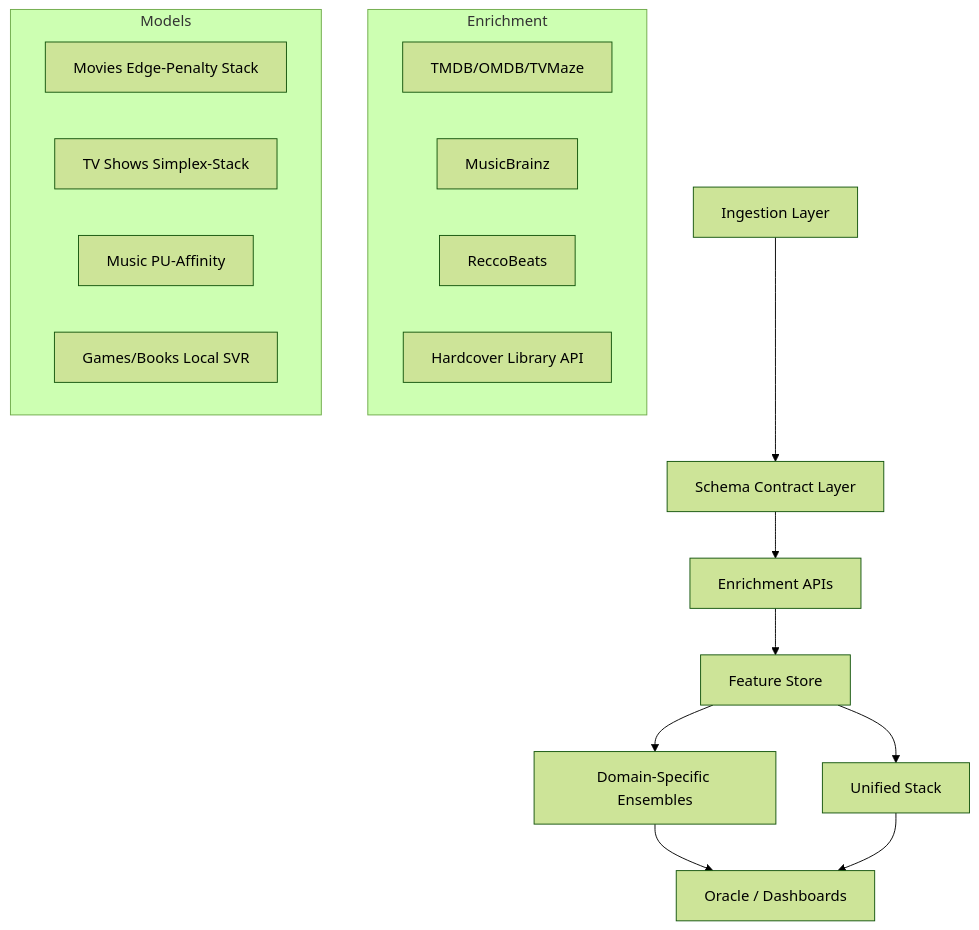
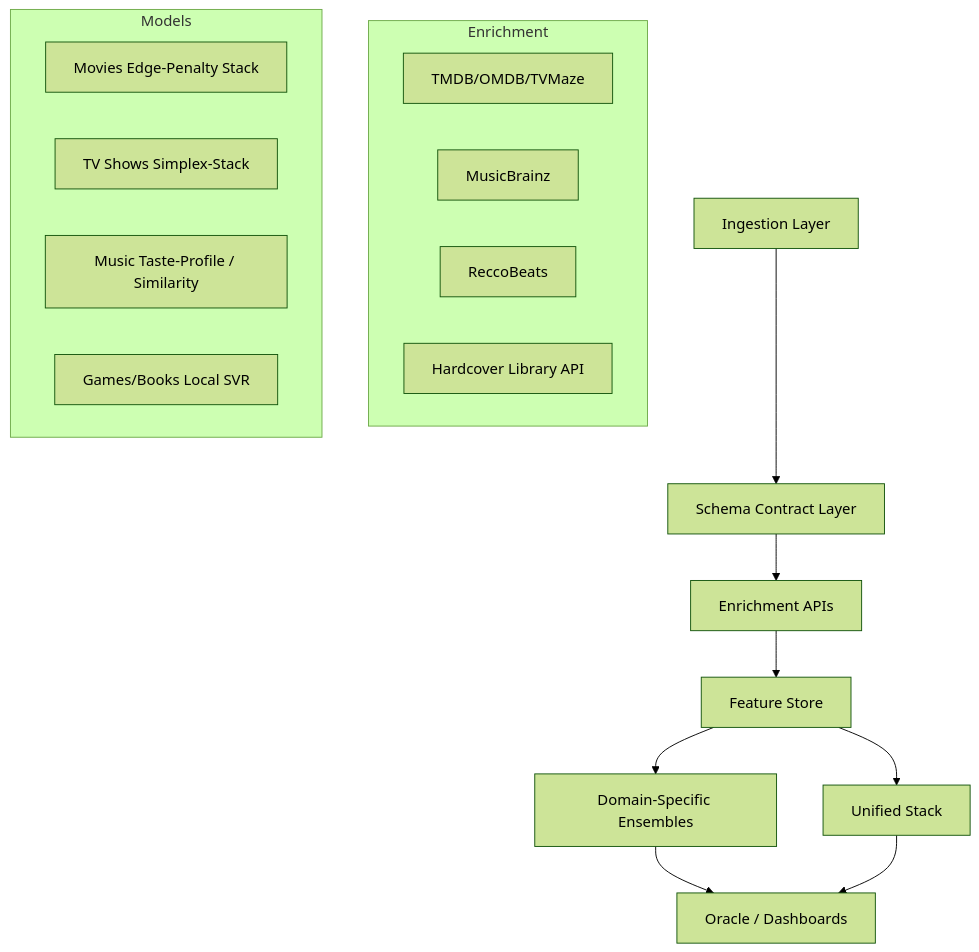
The diagram in README.md (Paradox-73/Personal_Media_Intelligence_Hub), drawn with Mermaid (forest theme) before and after one commit. The commit also changed other lines of this file and 155 other files, not shown here.

````diff
--- a/README.md
+++ b/README.md
@@ -43,24 +64,24 @@
 ```mermaid
 graph TD
     A[Ingestion Layer] --> B[Schema Contract Layer]
     B --> C[Enrichment APIs]
     C --> D[Feature Store]
     D --> E[Domain-Specific Ensembles]
     D --> F[Unified Stack]
     E --> G[Oracle / Dashboards]
     F --> G
     
     subgraph Enrichment
     C1[TMDB/OMDB/TVMaze]
     C2[MusicBrainz]
     C3[ReccoBeats]
     C4[Hardcover Library API]
     end
     
     subgraph Models
     E1[Movies Edge-Penalty Stack]
     E2[TV Shows Simplex-Stack]
-    E3[Music PU-Affinity]
+    E3[Music Taste-Profile / Similarity]
     E4[Games/Books Local SVR]
     end
 ```
````
